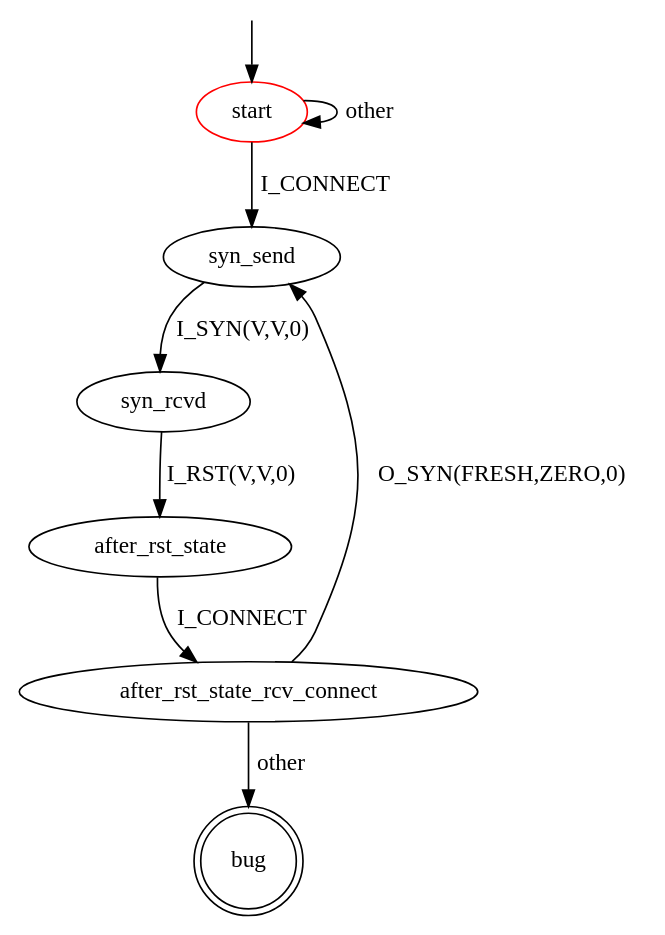
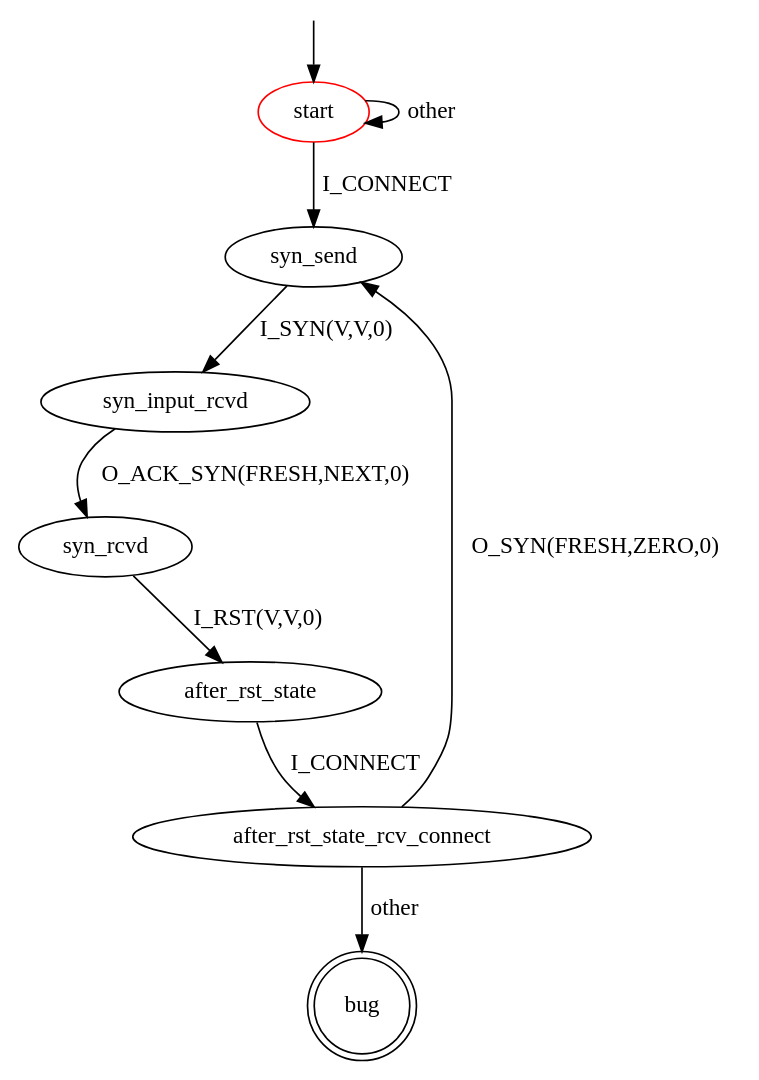
One commit to assist-project/state-machine-bug-finder changed the diagram in src/main/resources/patterns/tcp/client/fail_back_to_close_state.dot. Above: the diagram before and after it, drawn with Graphviz. The commit also changed 19 other files, not shown here.

```diff
--- a/src/main/resources/patterns/tcp/client/fail_back_to_close_state.dot
+++ b/src/main/resources/patterns/tcp/client/fail_back_to_close_state.dot
@@ -1,16 +1,17 @@
 digraph G {
 label=""
 start [color="red"]
 bug [shape="doublecircle"]
 
 start -> start [label="other"]
 start -> syn_send [label="I_CONNECT"]
-syn_send -> syn_rcvd [label="I_SYN(V,V,0)"]
+syn_send -> syn_input_rcvd [label="I_SYN(V,V,0)"]
+syn_input_rcvd -> syn_rcvd [label="O_ACK_SYN(FRESH,NEXT,0)"]
 syn_rcvd -> after_rst_state [label="I_RST(V,V,0)"]
 after_rst_state -> after_rst_state_rcv_connect [label="I_CONNECT"]
 after_rst_state_rcv_connect -> syn_send [label="O_SYN(FRESH,ZERO,0)"] 
 after_rst_state_rcv_connect -> bug [label="other"]
 
 __start0 [label="" shape="none" width="0" height="0"];
 __start0 -> start;
 }
```
